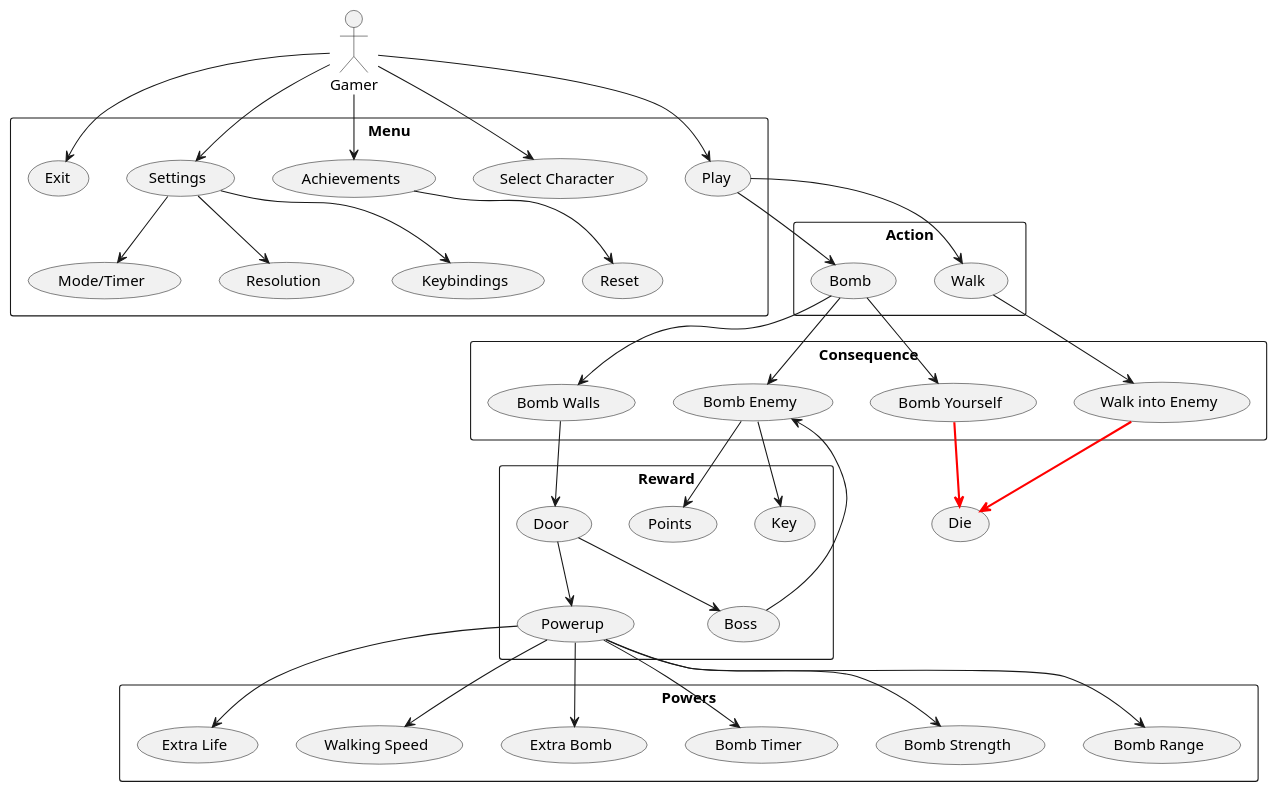
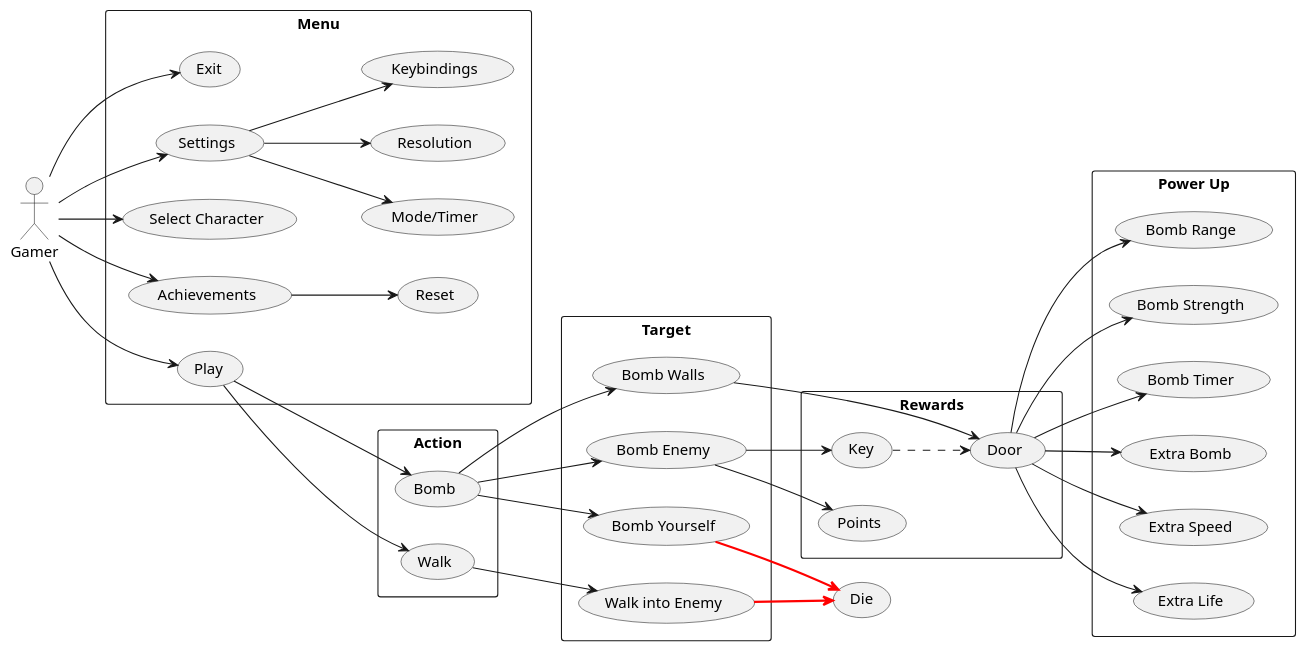
One commit to UoB-COMSM0110/2024-group-7 changed the diagram in Code/usecase.puml. Above: the diagram before and after it, drawn with PlantUML.

Commit message:
Rearranged diagram for clarity

```diff
--- a/Code/usecase.puml
+++ b/Code/usecase.puml
@@ -1,81 +1,78 @@
 @startuml Bomberman Dungeon
-top to bottom direction
+left to right direction
 actor "Gamer" as gmr
 rectangle Menu {
-  usecase "Play" as M1
+  usecase "Exit" as M5
+  usecase "Settings" as M4
   usecase "Select Character" as M2
   usecase "Achievements" as M3
-  usecase "Settings" as M4
-  usecase "Exit" as M5
   usecase "Reset" as M6
   usecase "Mode/Timer" as S1
   usecase "Resolution" as S2
   usecase "Keybindings" as S3
+  usecase "Play" as M1
 }
 
 rectangle Action {
   usecase "Walk" as A1
   usecase "Bomb" as A2
 }
 
-rectangle Consequence {
+rectangle Target {
   usecase "Bomb Walls" as C1
   usecase "Bomb Enemy" as C2
   usecase "Bomb Yourself" as C3
   usecase "Walk into Enemy" as C4
 }
 
-rectangle Reward{
-  usecase "Key" as I1
-  usecase "Points" as I2
-  usecase "Door" as I3
-  usecase "Boss" as I4
-  usecase "Powerup" as I5
-}
 
-rectangle Powers{
+rectangle "Power Up"{
   usecase "Bomb Range" as P1
   usecase "Bomb Strength" as P2
   usecase "Bomb Timer" as P3
   usecase "Extra Bomb" as P4
-  usecase "Walking Speed" as P5
+  usecase "Extra Speed" as P5
   usecase "Extra Life" as P6
+}
+
+rectangle Rewards{
+  usecase "Key" as R1
+  usecase "Door" as R2
+  usecase "Points" as R3
 }
 
 gmr --> M1
 gmr --> M2
 gmr --> M3
 gmr --> M4
 gmr --> M5
 M3 --> M6
 
 M4 --> S1
 M4 --> S2
 M4 --> S3
 
 M1 --> A1
 M1 --> A2
 
 A1 --> C4
 A2 --> C1
 A2 --> C2
 A2 --> C3
 
 C3 --> (Die) #line:red;line.bold
 C4 --> (Die) #line:red;line.bold
 
-C2 --> I1
-C2 --> I2
-C1 --> I3
-I3 --> I4
-I3 --> I5
-I4 --> C2
+C2 --> R1
+C2 --> R3
+C1 --> R2
+R1 ..> R2 
 
-I5 --> P1
-I5 --> P2
-I5 --> P3
-I5 --> P4
-I5 --> P5
-I5 --> P6
+R2 --> P1
+R2 --> P2
+R2 --> P3
+R2 --> P4
+R2 --> P5
+R2 --> P6
 
 @enduml
```
